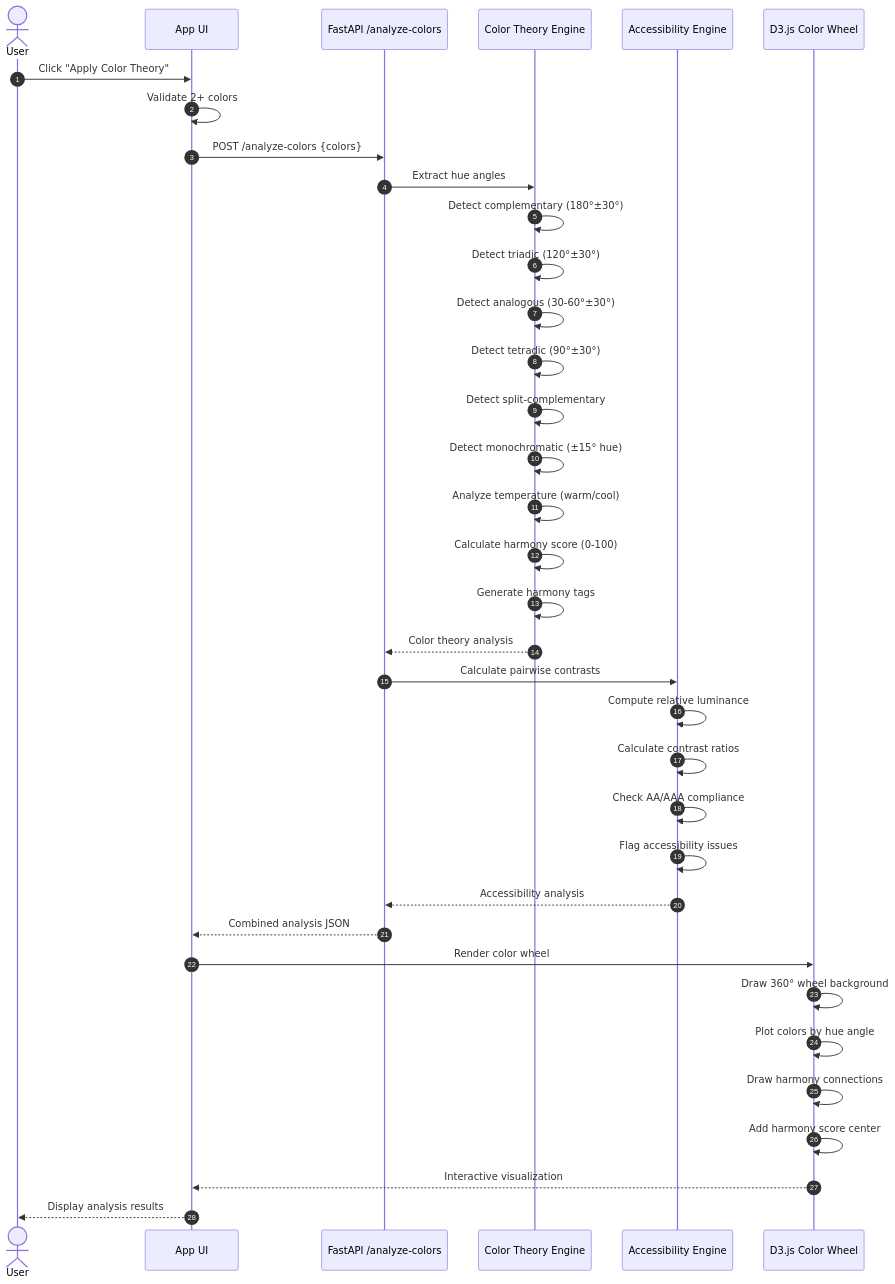
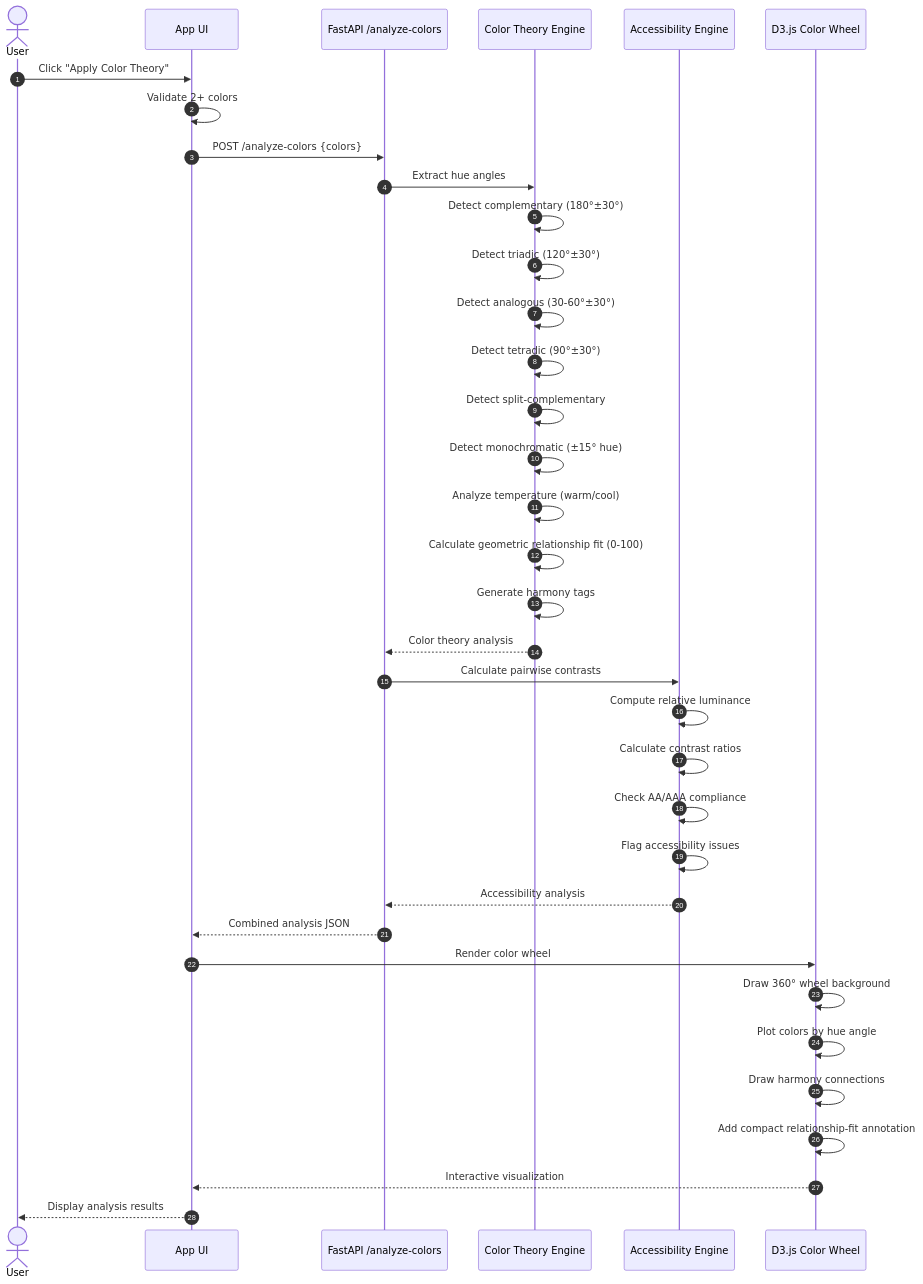
Before and after one commit to Artsen/ColorCraft: the sixth of 7 diagrams in README.md, drawn with Mermaid. The commit also changed other lines of this file and 22 other files, not shown here.

````diff
--- a/README.md
+++ b/README.md
@@ -992,43 +992,43 @@
 ```mermaid
 sequenceDiagram
     autonumber
     actor User
     participant UI as App UI
     participant API as FastAPI /analyze-colors
     participant Theory as Color Theory Engine
     participant Access as Accessibility Engine
     participant Wheel as D3.js Color Wheel
 
     User->>UI: Click "Apply Color Theory"
     UI->>UI: Validate 2+ colors
     UI->>API: POST /analyze-colors {colors}
     
     API->>Theory: Extract hue angles
     Theory->>Theory: Detect complementary (180°±30°)
     Theory->>Theory: Detect triadic (120°±30°)
     Theory->>Theory: Detect analogous (30-60°±30°)
     Theory->>Theory: Detect tetradic (90°±30°)
     Theory->>Theory: Detect split-complementary
     Theory->>Theory: Detect monochromatic (±15° hue)
     Theory->>Theory: Analyze temperature (warm/cool)
-    Theory->>Theory: Calculate harmony score (0-100)
+    Theory->>Theory: Calculate geometric relationship fit (0-100)
     Theory->>Theory: Generate harmony tags
     Theory-->>API: Color theory analysis
     
     API->>Access: Calculate pairwise contrasts
     Access->>Access: Compute relative luminance
     Access->>Access: Calculate contrast ratios
     Access->>Access: Check AA/AAA compliance
     Access->>Access: Flag accessibility issues
     Access-->>API: Accessibility analysis
     
     API-->>UI: Combined analysis JSON
     UI->>Wheel: Render color wheel
     Wheel->>Wheel: Draw 360° wheel background
     Wheel->>Wheel: Plot colors by hue angle
     Wheel->>Wheel: Draw harmony connections
-    Wheel->>Wheel: Add harmony score center
+    Wheel->>Wheel: Add compact relationship-fit annotation
     Wheel-->>UI: Interactive visualization
     
     UI-->>User: Display analysis results
 ```
````
